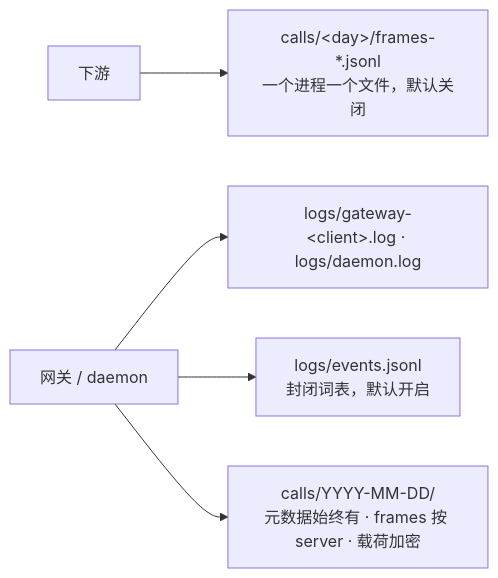
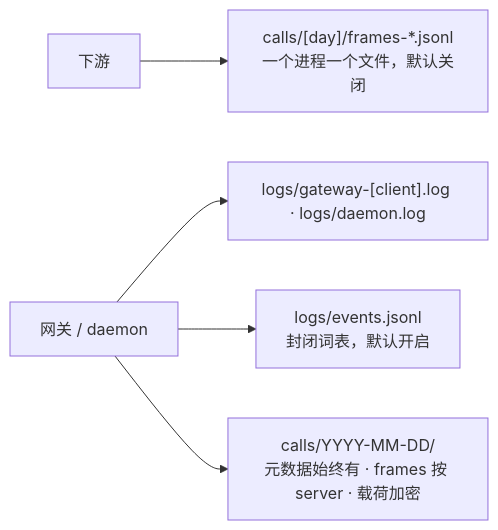
Before and after one commit to dinstein/agent-hub: the sixth of 6 diagrams in docs/zh-CN/architecture.md, drawn with Mermaid. The commit also changed 6 other files, not shown here.

````diff
--- a/docs/zh-CN/architecture.md
+++ b/docs/zh-CN/architecture.md
@@ -221,7 +221,7 @@
 ```mermaid
 flowchart LR
-    DSX["下游"] --> A4["calls/&lt;day&gt;/frames-*.jsonl<br/>一个进程一个文件，默认关闭"]
-    GW["网关 / daemon"] --> A5["logs/gateway-&lt;client&gt;.log · logs/daemon.log"]
+    DSX["下游"] --> A4["calls/[day]/frames-*.jsonl<br/>一个进程一个文件，默认关闭"]
+    GW["网关 / daemon"] --> A5["logs/gateway-[client].log · logs/daemon.log"]
     GW --> A7["logs/events.jsonl<br/>封闭词表，默认开启"]
     GW --> A6["calls/YYYY-MM-DD/<br/>元数据始终有 · frames 按 server · 载荷加密"]
 ```
````
